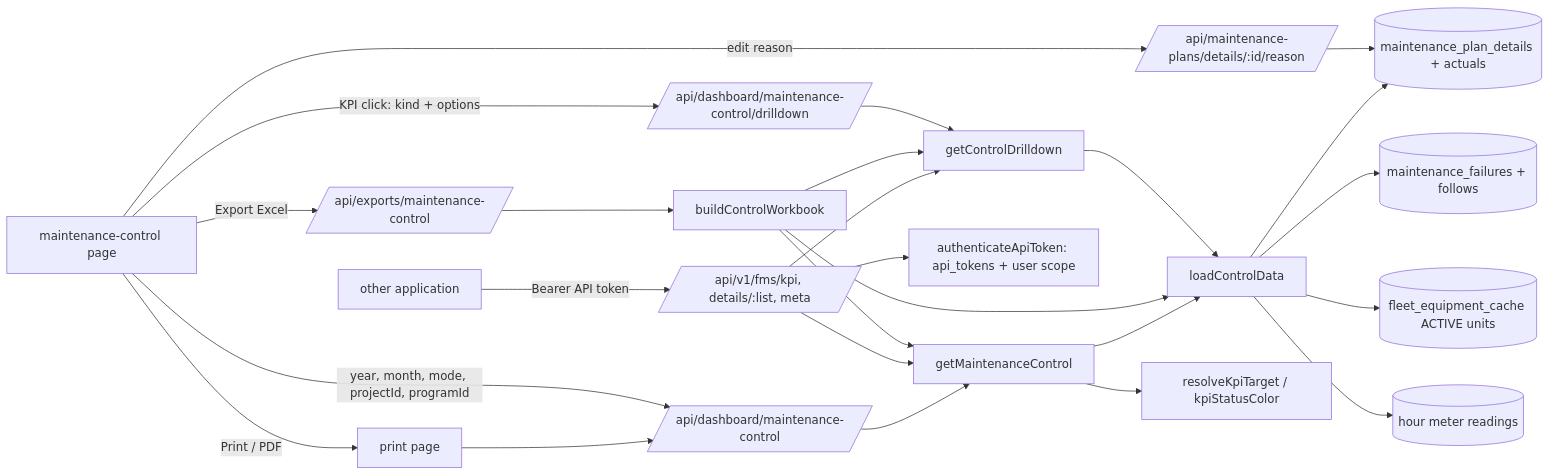
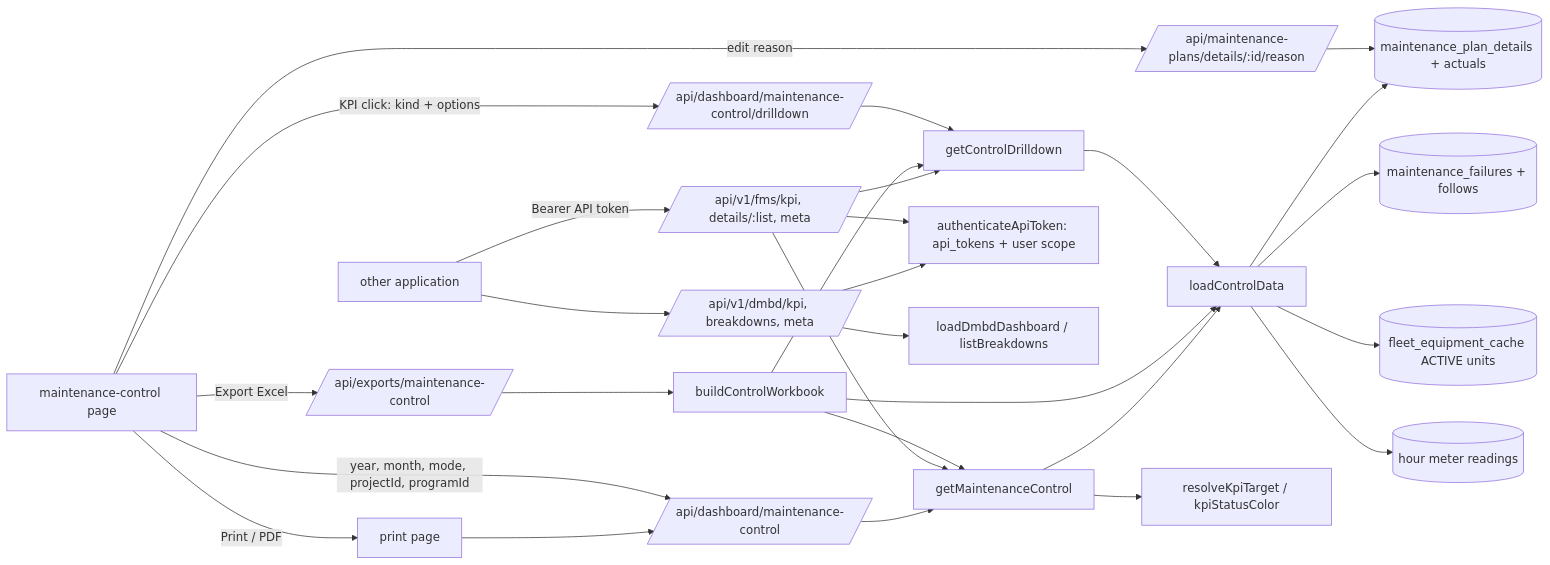
One commit to frizkyramadhan/arka-pcr-new changed the third of 6 diagrams in docs/architecture.md. Above: the diagram before and after it, drawn with Mermaid. The commit also changed other lines of this file and 145 other files, not shown here.

````diff
--- a/docs/architecture.md
+++ b/docs/architecture.md
@@ -236,27 +242,30 @@
 ```mermaid
 graph LR
   Page[maintenance-control page] -->|year, month, mode, projectId, programId| API[/api/dashboard/maintenance-control/]
   Page -->|KPI click: kind + options| DD[/api/dashboard/maintenance-control/drilldown/]
   DD --> DSvc[getControlDrilldown]
   DSvc --> Load
   Page -->|edit reason| R[/api/maintenance-plans/details/:id/reason/]
   R --> PD
   Page -->|Export Excel| X[/api/exports/maintenance-control/]
   X --> XB[buildControlWorkbook]
   XB --> Load
   XB --> Svc
   XB --> DSvc
   Page -->|Print / PDF| P[print page]
   P --> API
   Ext[other application] -->|Bearer API token| V1[/api/v1/fms/kpi, details/:list, meta/]
   V1 --> Tok[authenticateApiToken: api_tokens + user scope]
   V1 --> Svc
   V1 --> DSvc
+  Ext --> V1d[/api/v1/dmbd/kpi, breakdowns, meta/]
+  V1d --> Tok
+  V1d --> DmbdLoad[loadDmbdDashboard / listBreakdowns]
   API --> Svc[getMaintenanceControl]
   Svc --> Load[loadControlData]
   Load --> PD[(maintenance_plan_details + actuals)]
   Load --> F[(maintenance_failures + follows)]
   Load --> A[(fleet_equipment_cache ACTIVE units)]
   Load --> HM[(hour meter readings)]
   Svc --> T[resolveKpiTarget / kpiStatusColor]
 ```
````
